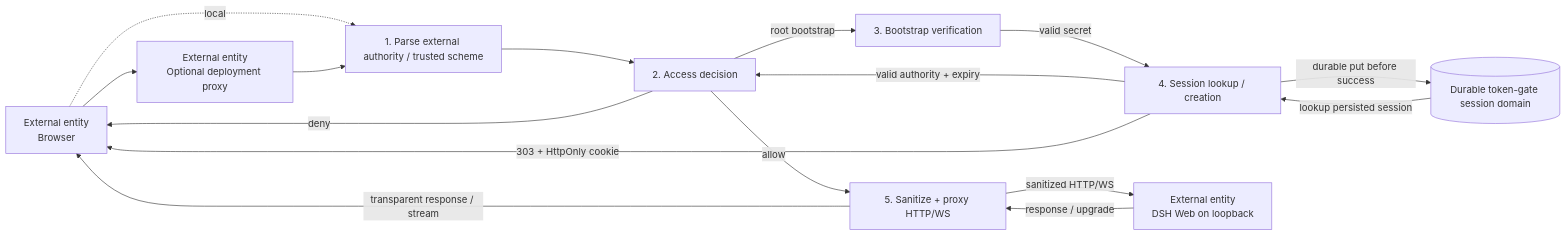
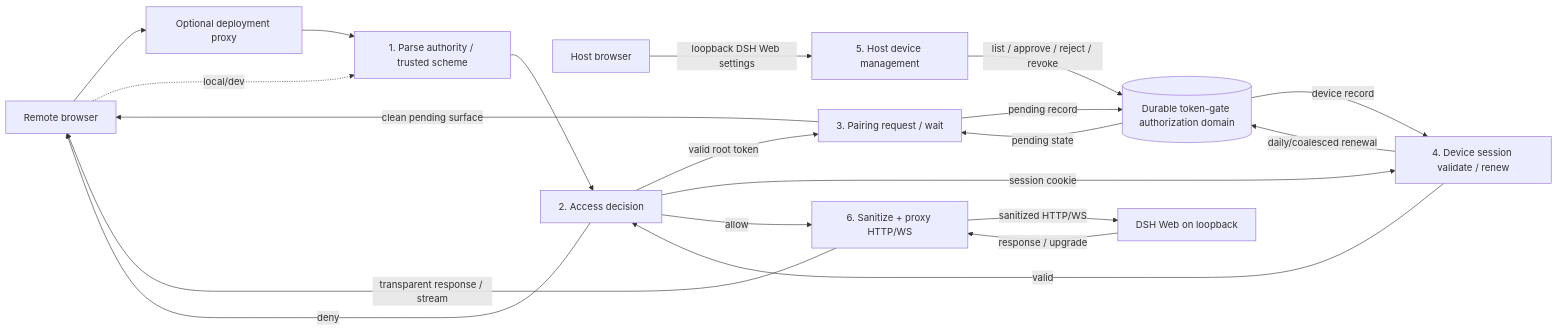
The fourth of 9 diagrams in spec/architecture.md (Ri0n72Y/dsh-token-gate), drawn with Mermaid before and after one commit. The commit also changed other lines of this file, not shown here.

Commit message:
docs: design host-approved device access

````diff
--- a/spec/architecture.md
+++ b/spec/architecture.md
@@ -144,28 +198,37 @@
 ```mermaid
 flowchart LR
-    B["External entity\nBrowser"]
-    RP["External entity\nOptional deployment proxy"]
-    PARSE["1. Parse external authority / trusted scheme"]
+    RB["Remote browser"]
+    HB["Host browser"]
+    RP["Optional deployment proxy"]
+    PARSE["1. Parse authority / trusted scheme"]
     ACCESS["2. Access decision"]
-    BOOT["3. Bootstrap verification"]
-    SESS["4. Session lookup / creation"]
-    PX["5. Sanitize + proxy HTTP/WS"]
-    DS[("Durable token-gate session domain")]
-    DSH["External entity\nDSH Web on loopback"]
+    PAIR["3. Pairing request / wait"]
+    SESS["4. Device session validate / renew"]
+    MGMT["5. Host device management"]
+    PX["6. Sanitize + proxy HTTP/WS"]
+    DS[("Durable token-gate authorization domain")]
+    DSH["DSH Web on loopback"]
 
-    B --> RP
-    B -. local .-> PARSE
+    RB --> RP
+    RB -. local/dev .-> PARSE
     RP --> PARSE
     PARSE --> ACCESS
-    ACCESS -->|root bootstrap| BOOT
-    BOOT -->|valid secret| SESS
-    SESS -->|durable put before success| DS
-    DS -->|lookup persisted session| SESS
-    SESS -->|valid authority + expiry| ACCESS
+    ACCESS -->|valid root token| PAIR
+    PAIR -->|pending record| DS
+    DS -->|pending state| PAIR
+    PAIR -->|clean pending surface| RB
+
+    HB -->|loopback DSH Web settings| MGMT
+    MGMT -->|list / approve / reject / revoke| DS
+
+    ACCESS -->|session cookie| SESS
+    DS -->|device record| SESS
+    SESS -->|daily/coalesced renewal| DS
+    SESS -->|valid| ACCESS
     ACCESS -->|allow| PX
-    ACCESS -->|deny| B
-    SESS -->|303 + HttpOnly cookie| B
+    ACCESS -->|deny| RB
+
     PX -->|sanitized HTTP/WS| DSH
     DSH -->|response / upgrade| PX
-    PX -->|transparent response / stream| B
+    PX -->|transparent response / stream| RB
 ```
````
